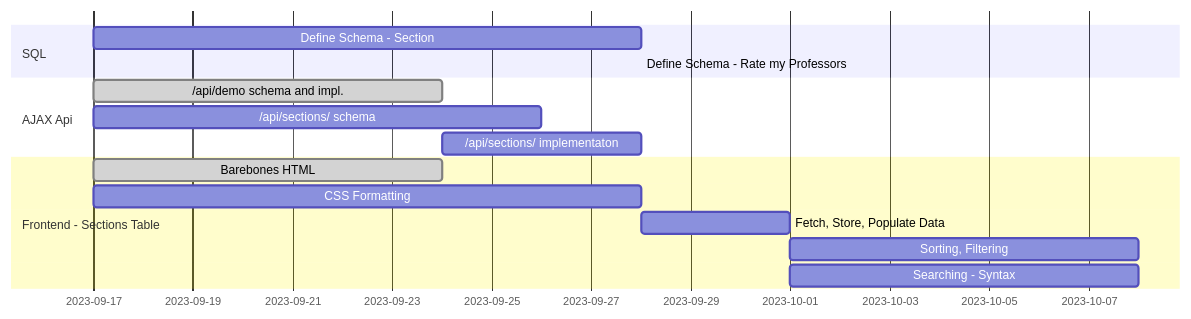
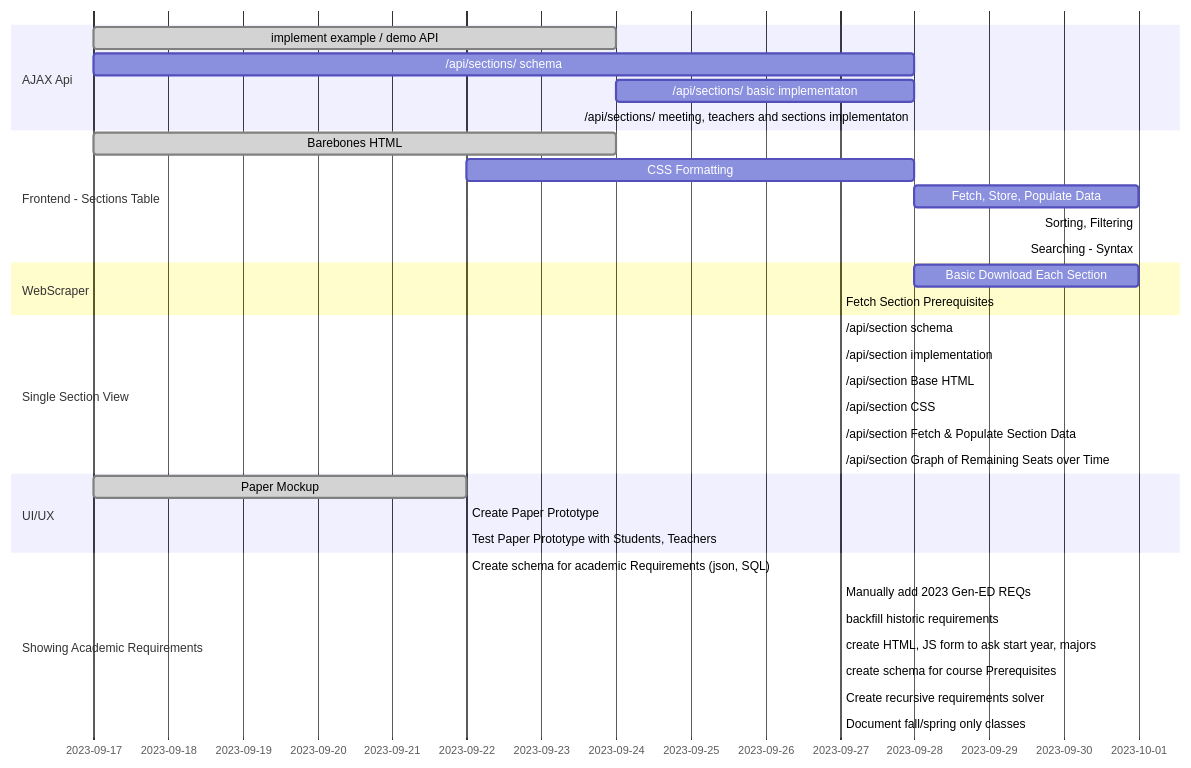
Before and after one commit to anabelle2001/class-registration-assistant: the second of 2 diagrams in docs/assignments/3 - Feasability/feasability.md, drawn with Mermaid. The commit also changed other lines of this file, not shown here.

Commit message:
gantt hell

````diff
--- a/docs/assignments/3 - Feasability/feasability.md
+++ b/docs/assignments/3 - Feasability/feasability.md
@@ -132,58 +131,50 @@
 ```mermaid
 gantt
     dateFormat  YYYY-MM-DD
 
-    section SQL
-    Define Schema - Section:            SQLSection, 2023-09-17, 2023-09-28
-    Define Schema - Rate my Professors: SQLRMP
+    section AJAX Api
+    implement example / demo  API:     done, APIDemo, 2023-09-17, 2023-09-24
+    /api/sections/ schema:          APIListSectionSchema, 2023-09-17, 2023-09-28
+    /api/sections/ basic implementaton:   APIListSection, 2023-09-24, 2023-09-28
+    /api/sections/ meeting, teachers and sections implementaton:   APIListSectionAdvanced, after APIListSection,
 
-    section AJAX Api
-    /api/demo schema and impl.:     done, APIDemo, 2023-09-17, 2023-09-24
-    /api/sections/ schema:          APIListSectionSchema, 2023-09-17, 2023-09-26
-    /api/sections/ implementaton:   APIListSection, 2023-09-24, 2023-09-28
-    
     section Frontend - Sections Table
     Barebones HTML:             done, tableBaseHTML, 2023-09-17, 2023-09-24
-    CSS Formatting:             tableCSS, 2023-09-17, 2023-09-28
+    CSS Formatting:             tableCSS, 2023-09-22, 2023-09-28
     Fetch, Store, Populate Data:tableFetchAndStore, 2023-09-28, 2023-10-01
-    Sorting, Filtering:         tableFS, 2023-10-01, 2023-10-08
-    Searching - Syntax:         tableSearchSchema, 2023-10-01, 2023-10-08
+    Sorting, Filtering:         tableFS
+    Searching - Syntax:         tableSearchSchema
 
-    %% section WebScraper
-    %% Basic Download Each Section:    scraperRewriteNode, 2023-09-28, 2023-10-01
-    %% Fetch Section Prerequisites:    fetchPrereqs, 2023-10-01, 2023-10-08
-%% 
-    %% section Single Section View
-    %% /api/section schema:                APISingleSectionSchema 
-    %% /api/section implementation:        APISingleSection
-    %% Base HTML:                          sectionHTML
-    %% CSS:                                sectionCSS
-    %% Fetch & Populate Section Data:      sectionFetch
-    %% Graph of Remaining Seats over Time: sectionGraph
-%% 
-    %% section Accounts
-    %% /login HTML, CSS:                   authHTML
-    %% Authentication Tokens:              authCookie
-    %% Past Professors - user input HTML: 
-%% 
-    %% section UI/UX
-    %% Draft Prototype:                                UIDraft
-    %% Create Paper Prototype:                         UIPaper
-    %% Test Paper Prototype with Students, Teachers:   UIPaperTest
-%% 
-    %% section Storing Degree Requirements
-    %% Create schema (json, SQL):                                 ReqCourseSchema
-    %% Manually add 2023 Gen-ED REQs:                             ReqCourseInitial
-    %% Create web form to add degree requirements:                ReqCourseForm
-    %% Use web form to add requirements (all majors, many years): ReqCourseBackfill
-%% 
-    %% section Interactive Degree Checker
-    %% create form to ask start year, majors:
-    %% 
-    %% section Mutli-Year Course Planning
-    %% Create recursive requirements solver:
-    %% Document fall/spring only classes:
+    section WebScraper
+    Basic Download Each Section:    scraperRewriteNode, 2023-09-28, 2023-10-01
+    Fetch Section Prerequisites:    fetchPrereqs, after ReqCoursePrereqSchema,
+
+    section Single Section View
+    /api/section schema:                APISingleSectionSchema 
+    /api/section implementation:        APISingleSection, after APISingleSectionSchema,
+    /api/section Base HTML:                          sectionHTML
+    /api/section CSS:                                sectionCSS, after sectionHTML,
+    /api/section Fetch & Populate Section Data:      sectionFetch, after sectionHTML,
+    /api/section Graph of Remaining Seats over Time: sectionGraph
+ 
+    section UI/UX
+    Paper Mockup:                                done, UIDraft, 2023-09-17, 2023-09-22
+    Create Paper Prototype:                         UIPaper, after UIDraft,
+    Test Paper Prototype with Students, Teachers:   UIPaperTest
+ 
+    section Showing Academic Requirements
+    Create schema for academic Requirements (json, SQL):       ReqCourseSchema
+    Manually add 2023 Gen-ED REQs:                             ReqCourseInitial, after ReqCourseSchema,
+    backfill historic requirements:                            ReqCourseBackfill, after ReqCourseInitial,
+    create HTML, JS form to ask start year, majors:            ReqCoruseUserQuestions
+
+    create schema for course Prerequisites:                    ReqCoursePrereqSchema
+
+
+
+    Create recursive requirements solver: tmp2
+    Document fall/spring only classes: tmp3
 %% 
     %% section Share Courselist
     %% create json represen   
 ```
````
